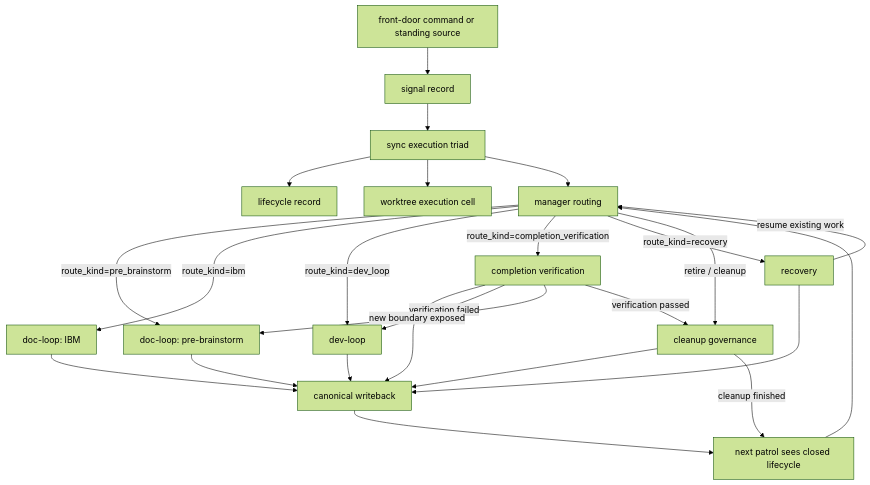
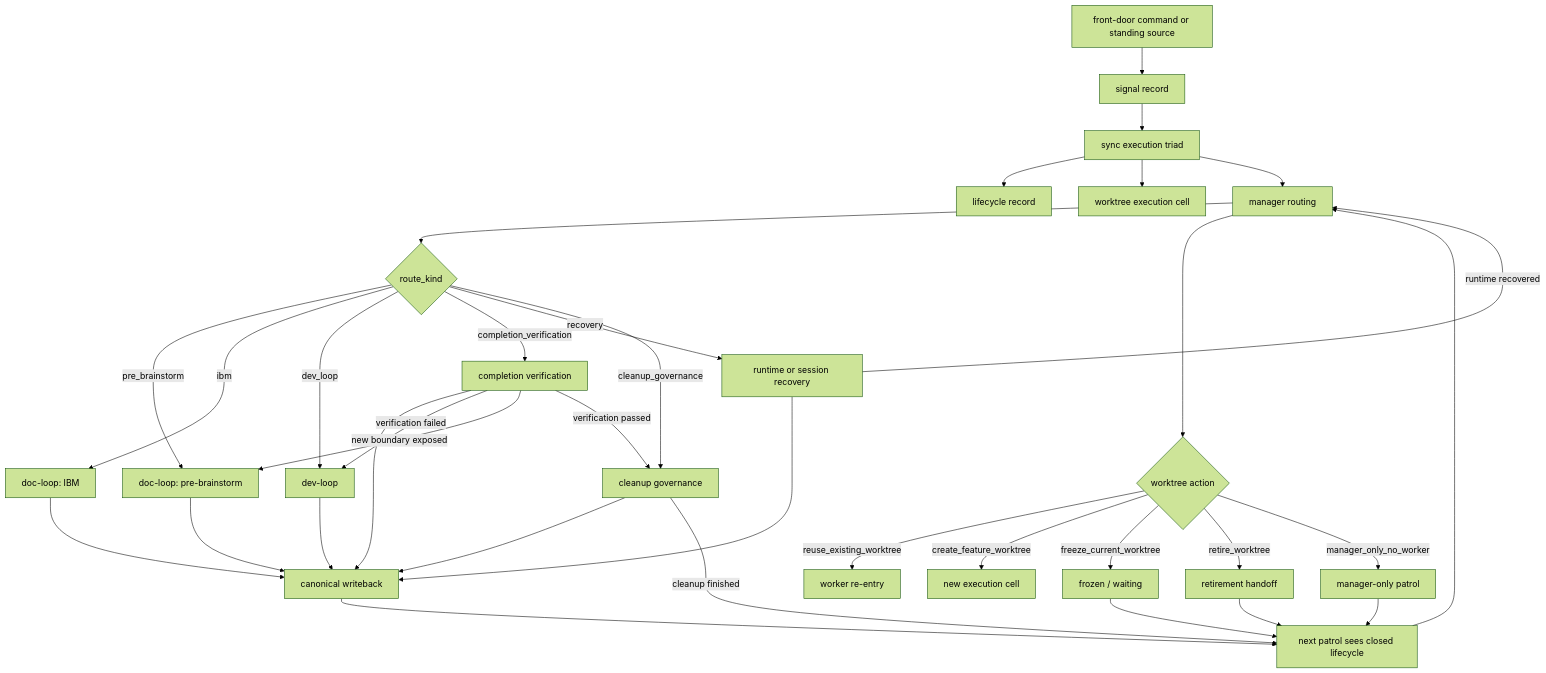
Before and after one commit to chatterzhao/freely: the first of 12 diagrams in docs/system/workspace/three-loop-capability-lifecycle.md, drawn with Mermaid (forest theme). The commit also changed other lines of this file, not shown here.

Commit message:
docs: align three-loop flow with dogfood routing

````diff
--- a/docs/system/workspace/three-loop-capability-lifecycle.md
+++ b/docs/system/workspace/three-loop-capability-lifecycle.md
@@ -19,30 +19,41 @@
 ```mermaid
 flowchart TD
     A[front-door command or standing source] --> B[signal record]
     B --> C[sync execution triad]
     C --> C1[lifecycle record]
     C --> C2[worktree execution cell]
     C --> D[manager routing]
 
-    D -->|route_kind=pre_brainstorm| E[doc-loop: pre-brainstorm]
-    D -->|route_kind=ibm| F[doc-loop: IBM]
-    D -->|route_kind=dev_loop| G[dev-loop]
-    D -->|route_kind=completion_verification| H[completion verification]
-    D -->|route_kind=recovery| I[recovery]
-    D -->|retire / cleanup| J[cleanup governance]
+    D --> E{route_kind}
+    E -->|pre_brainstorm| F[doc-loop: pre-brainstorm]
+    E -->|ibm| G[doc-loop: IBM]
+    E -->|dev_loop| H[dev-loop]
+    E -->|completion_verification| I[completion verification]
+    E -->|recovery| J[runtime or session recovery]
+    E -->|cleanup_governance| K[cleanup governance]
 
-    E --> K[canonical writeback]
-    F --> K
-    G --> K
-    H --> K
-    I --> K
-    J --> K
+    D --> L{worktree action}
+    L -->|reuse_existing_worktree| M[worker re-entry]
+    L -->|create_feature_worktree| N[new execution cell]
+    L -->|freeze_current_worktree| O[frozen / waiting]
+    L -->|retire_worktree| P[retirement handoff]
+    L -->|manager_only_no_worker| Q[manager-only patrol]
 
-    H -->|verification failed| G
-    H -->|new boundary exposed| E
-    H -->|verification passed| J
-    I -->|resume existing work| D
-    J -->|cleanup finished| L[next patrol sees closed lifecycle]
-    K --> L
-    L --> D
+    F --> R[canonical writeback]
+    G --> R
+    H --> R
+    I --> R
+    J --> R
+    K --> R
+
+    I -->|verification failed| H
+    I -->|new boundary exposed| F
+    I -->|verification passed| K
+    J -->|runtime recovered| D
+    K -->|cleanup finished| S[next patrol sees closed lifecycle]
+    O --> S
+    P --> S
+    Q --> S
+    R --> S
+    S --> D
 ```
````
